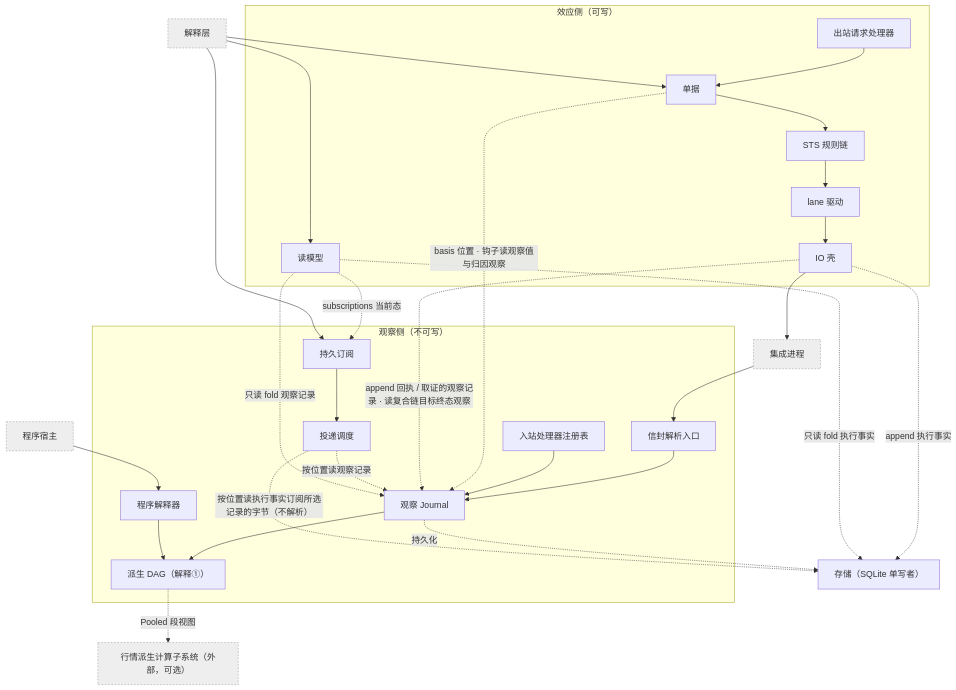
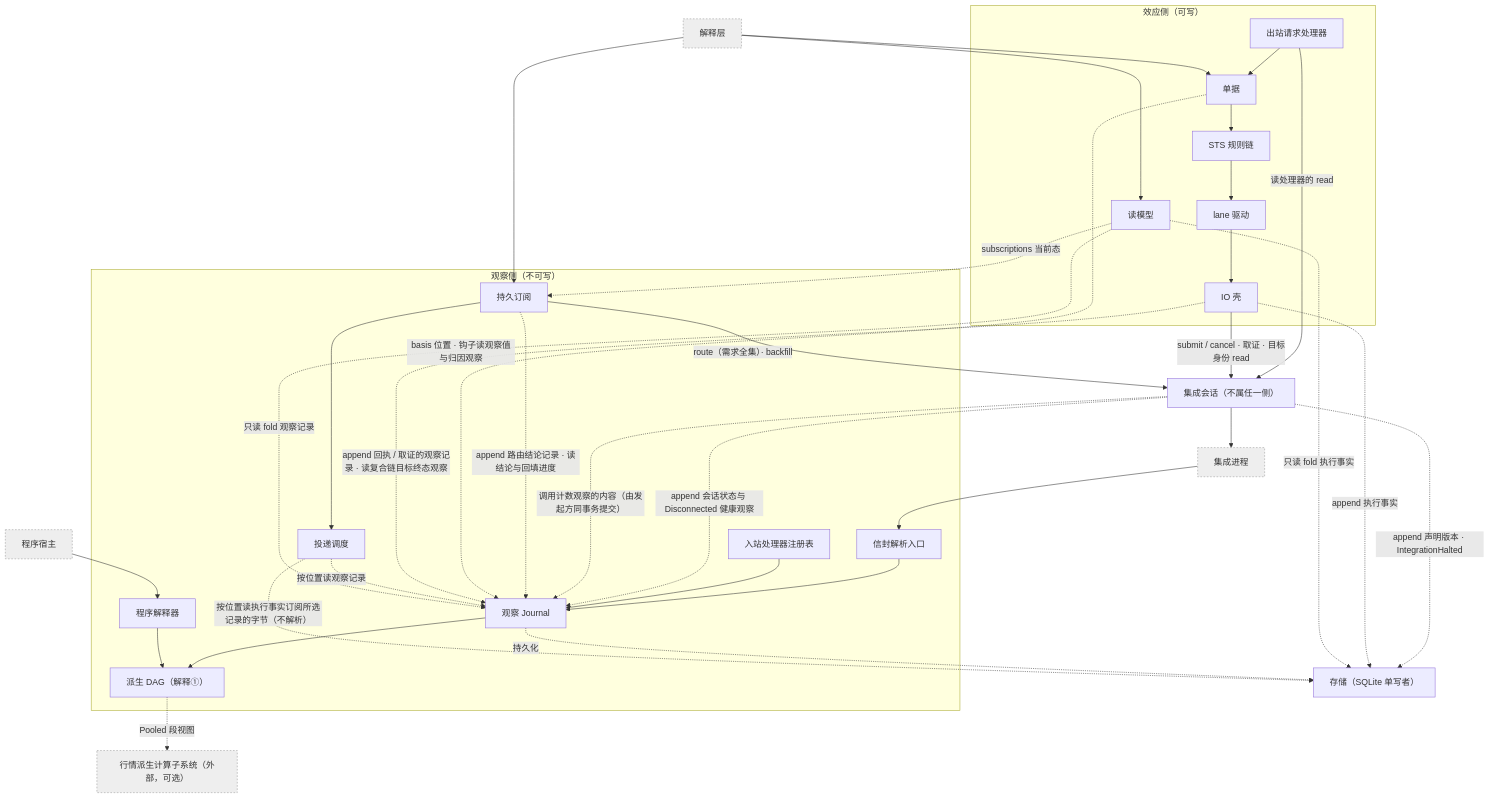
Before and after one commit to mouriya-s-lab/uta: the second of 2 diagrams in design/core/07-processes-and-storage.md, drawn with Mermaid. The commit also changed other lines of this file and 14 other files, not shown here.

Commit message:
design: write/lifecycle gaps — declared leg plans for Replace with per-leg keys and channels, target-kind capability for cancel/replace/close, TargetTerminal record, Halted and counters retained, session-state ownership in uses graph

````diff
--- a/design/core/07-processes-and-storage.md
+++ b/design/core/07-processes-and-storage.md
@@ -267,34 +286,42 @@
 ```mermaid
 flowchart TB
+  SESS["集成会话（不属任一侧）"]
   subgraph EFFECT["效应侧（可写）"]
     TICKET["单据"] --> STS["STS 规则链"] --> LANE["lane 驱动"] --> IOSHELL["IO 壳"]
     OUTH["出站请求处理器"] --> TICKET
     RM["读模型"]
   end
   subgraph OBSERVE["观察侧（不可写）"]
     ENV["信封解析入口"] --> OJ["观察 Journal"]
     OJ --> DAG["派生 DAG（解释①）"]
     SUB["持久订阅"] --> DELIV["投递调度"]
     INH["入站处理器注册表"] --> OJ
     PROG["程序解释器"] --> DAG
   end
   INT["集成进程"] --> ENV
   HOST["程序宿主"] --> PROG
-  IOSHELL --> INT
+  SESS --> INT
+  OUTH -->|"读处理器的 read"| SESS
+  IOSHELL -->|"submit / cancel · 取证 · 目标身份 read"| SESS
+  SUB -->|"route（需求全集）· backfill"| SESS
+  SESS -.append 会话状态与 Disconnected 健康观察.-> OJ
   STORE["存储（SQLite 单写者）"]
+  SESS -.append 声明版本 · IntegrationHalted.-> STORE
+  SESS -.调用计数观察的内容（由发起方同事务提交）.-> OJ
+  SUB -.append 路由结论记录 · 读结论与回填进度.-> OJ
   TICKET -.basis 位置 · 钩子读观察值与归因观察.-> OJ
   IOSHELL -.append 回执 / 取证的观察记录 · 读复合链目标终态观察.-> OJ
   IOSHELL -.append 执行事实.-> STORE
   OJ -.持久化.-> STORE
   DELIV -.按位置读观察记录.-> OJ
   DELIV -.按位置读执行事实订阅所选记录的字节（不解析）.-> STORE
   RM -.只读 fold 执行事实.-> STORE
   RM -.只读 fold 观察记录.-> OJ
   RM -.subscriptions 当前态.-> SUB
   IL["解释层"] --> SUB
   IL --> RM
   IL --> TICKET
   DAG -. Pooled 段视图 .-> HPC["行情派生计算子系统（外部，可选）"]
   classDef ext fill:#eee,stroke:#999,stroke-dasharray:3;
   class HPC,INT,HOST,IL ext;
 ```
````
